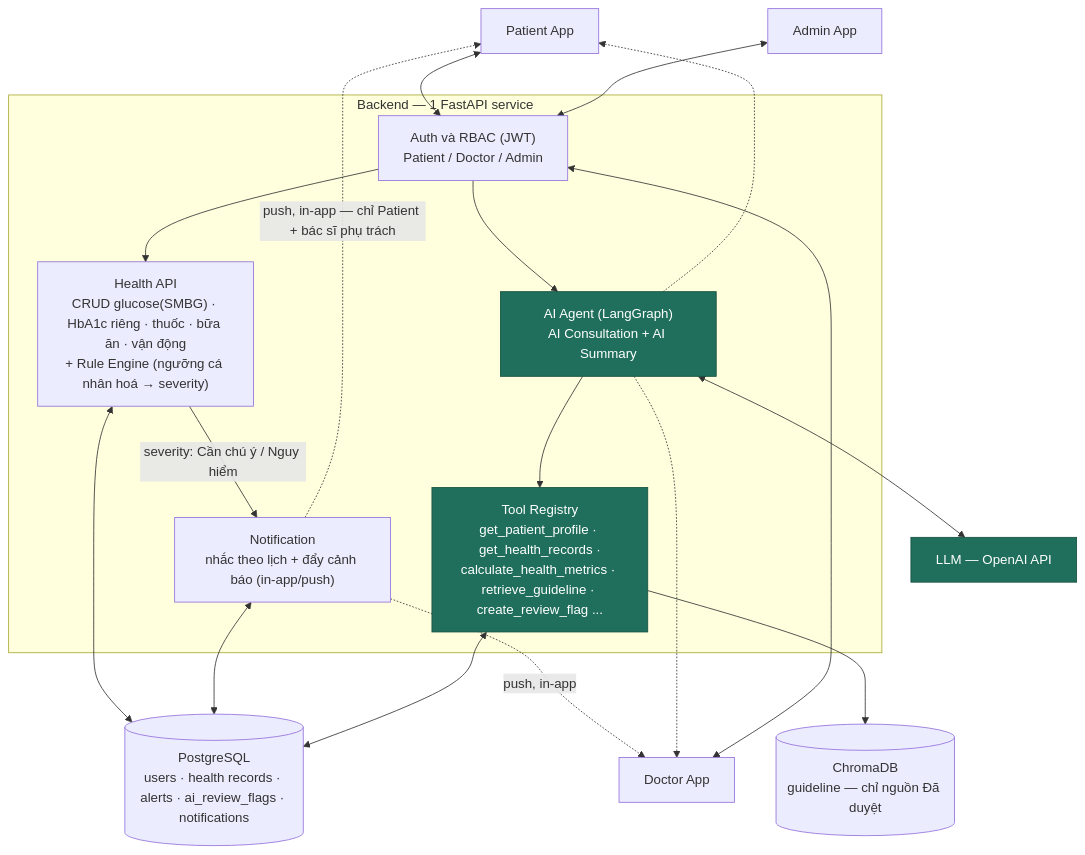
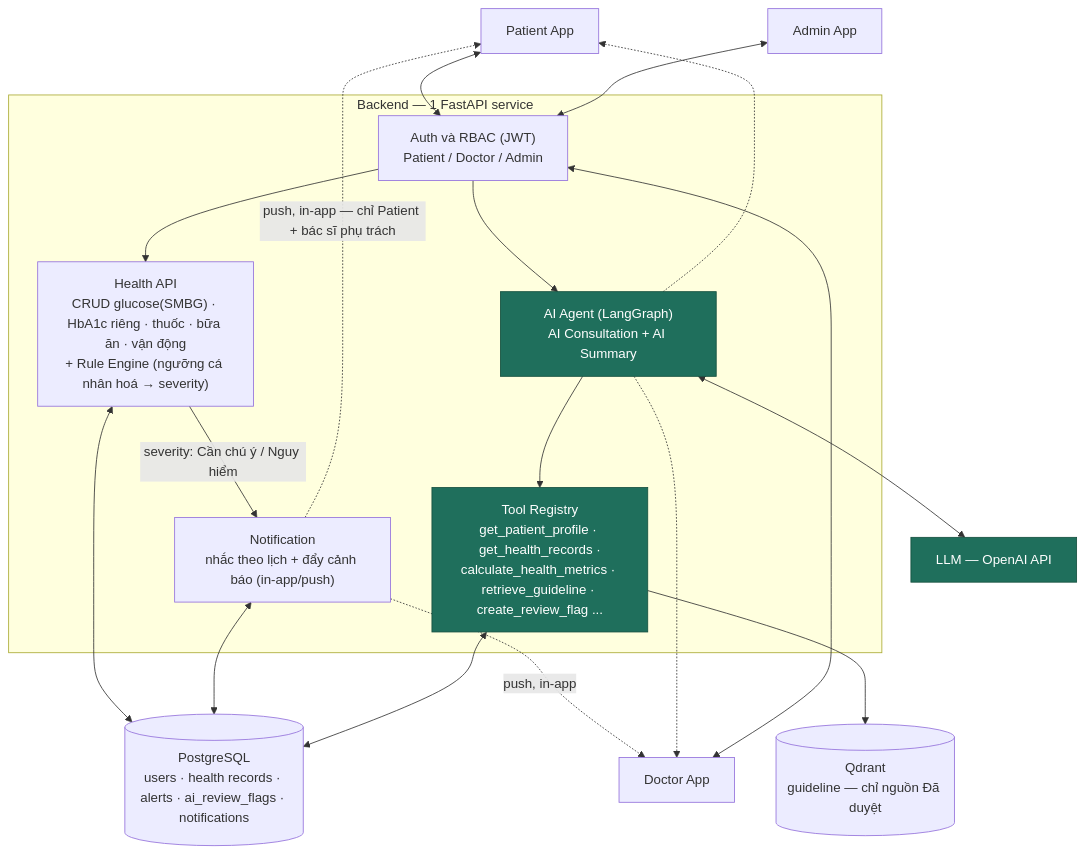
One commit to AhhPamAIVin/AhhPam-VDiab changed the first of 2 diagrams in docs/MVP_Diabetes_Health_Management_System.md. Above: the diagram before and after it, drawn with Mermaid. The commit also changed other lines of this file and 62 other files, not shown here.

````diff
--- a/docs/MVP_Diabetes_Health_Management_System.md
+++ b/docs/MVP_Diabetes_Health_Management_System.md
@@ -165,40 +165,40 @@
 ```mermaid
 flowchart TB
     PatientApp["Patient App"]
     DoctorApp["Doctor App"]
     AdminApp["Admin App"]
 
     subgraph Backend["Backend — 1 FastAPI service"]
         Auth["Auth và RBAC (JWT)<br/>Patient / Doctor / Admin"]
         HealthAPI["Health API<br/>CRUD glucose(SMBG) · HbA1c riêng · thuốc · bữa ăn · vận động<br/>+ Rule Engine (ngưỡng cá nhân hoá → severity)"]
         Notify["Notification<br/>nhắc theo lịch + đẩy cảnh báo (in-app/push)"]
         Agent["AI Agent (LangGraph)<br/>AI Consultation + AI Summary"]
         Tools["Tool Registry<br/>get_patient_profile · get_health_records ·<br/>calculate_health_metrics · retrieve_guideline · create_review_flag ..."]
     end
 
     LLM["LLM — OpenAI API"]
     DB[("PostgreSQL<br/>users · health records · alerts · ai_review_flags · notifications")]
-    VS[("ChromaDB<br/>guideline — chỉ nguồn Đã duyệt")]
+    VS[("Qdrant<br/>guideline — chỉ nguồn Đã duyệt")]
 
     PatientApp <--> Auth
     DoctorApp <--> Auth
     AdminApp <--> Auth
     Auth --> HealthAPI
     Auth --> Agent
 
     HealthAPI <--> DB
     HealthAPI -->|"severity: Cần chú ý / Nguy hiểm"| Notify
     Notify <--> DB
     Notify -.->|"push, in-app — chỉ Patient + bác sĩ phụ trách"| PatientApp
     Notify -.->|push, in-app| DoctorApp
 
     Agent --> Tools
     Tools <--> DB
     Tools --> VS
     Agent <--> LLM
     Agent -.-> PatientApp
     Agent -.-> DoctorApp
 
     classDef ai fill:#1f6f5c,color:#fff,stroke:#15503f
     class Agent,Tools,LLM ai
 ```
````
